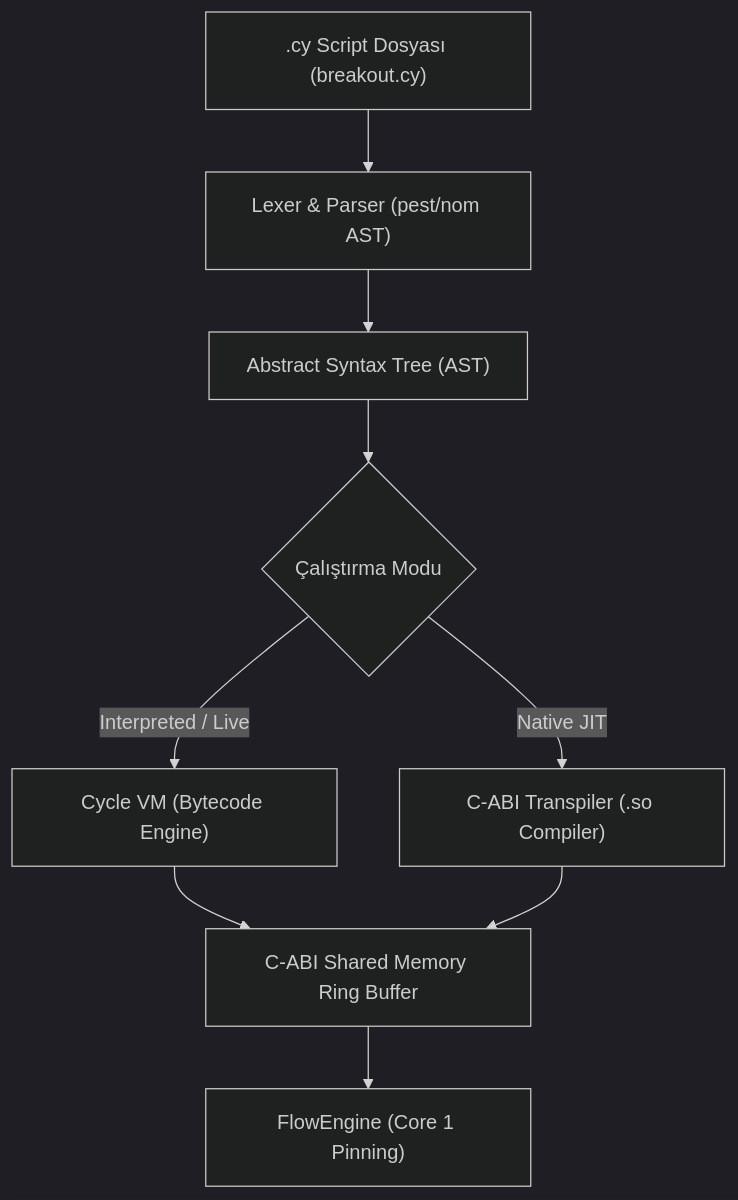
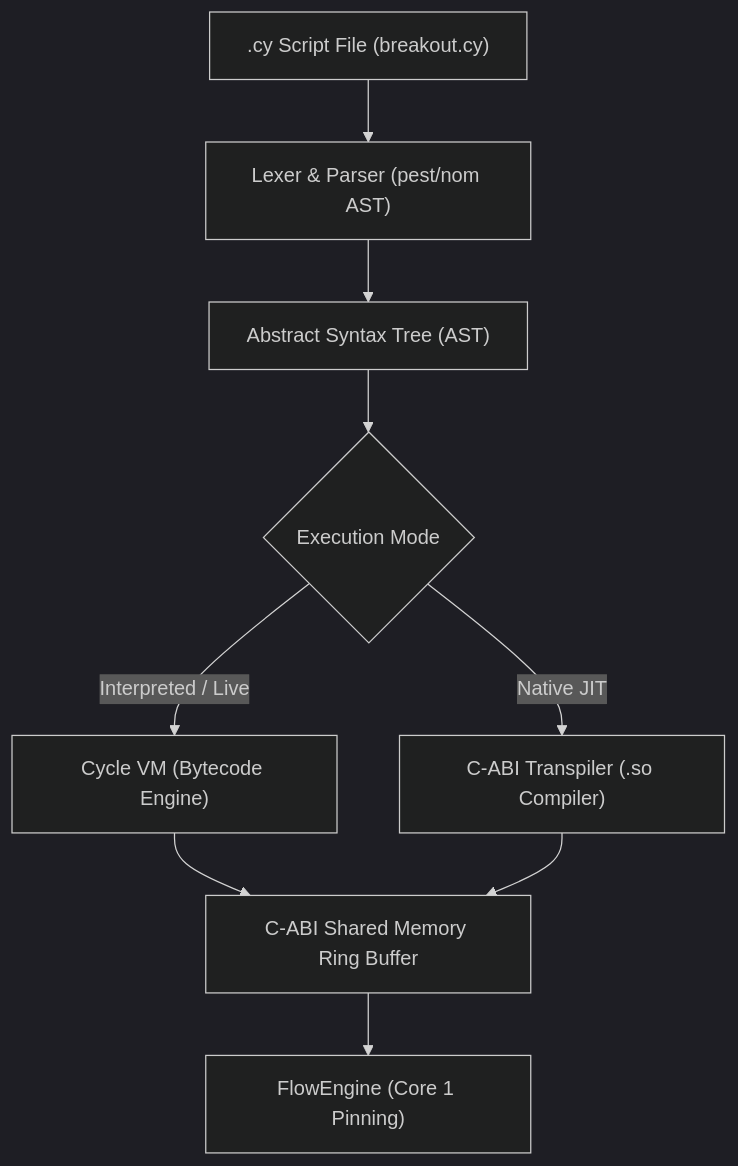
One commit to semihvz/cycle_plugin_arch changed the diagram in docs/CYCLE_LANG_SPECIFICATION.md. Above: the diagram before and after it, drawn with Mermaid (dark theme). The commit also changed other lines of this file and 26 other files, not shown here.

````diff
--- a/docs/CYCLE_LANG_SPECIFICATION.md
+++ b/docs/CYCLE_LANG_SPECIFICATION.md
@@ -104,11 +104,11 @@
 ```mermaid
 graph TD
-    A[".cy Script Dosyası (breakout.cy)"] --> B["Lexer & Parser (pest/nom AST)"]
+    A[".cy Script File (breakout.cy)"] --> B["Lexer & Parser (pest/nom AST)"]
     B --> C["Abstract Syntax Tree (AST)"]
-    C --> D{"Çalıştırma Modu"}
+    C --> D{"Execution Mode"}
     D -->|"Interpreted / Live"| E["Cycle VM (Bytecode Engine)"]
     D -->|"Native JIT"| F["C-ABI Transpiler (.so Compiler)"]
     E --> G["C-ABI Shared Memory Ring Buffer"]
     F --> G
     G --> H["FlowEngine (Core 1 Pinning)"]
 ```
````
